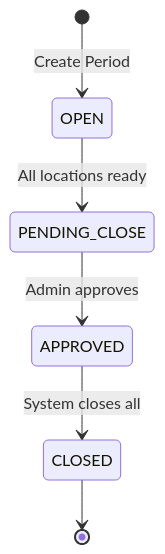
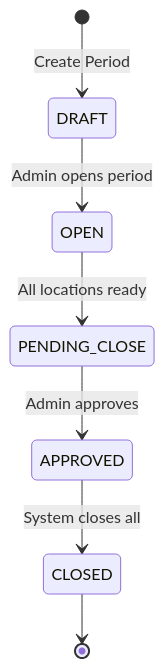
Before and after one commit to alkholigroup2020/stock-management-system: the seventh of 10 diagrams in project-docs/System_Design.md, drawn with Mermaid. The commit also changed other lines of this file and 5 other files, not shown here.

````diff
--- a/project-docs/System_Design.md
+++ b/project-docs/System_Design.md
@@ -194,8 +216,9 @@
 ```mermaid
 stateDiagram-v2
-    [*] --> OPEN: Create Period
+    [*] --> DRAFT: Create Period
+    DRAFT --> OPEN: Admin opens period
     OPEN --> PENDING_CLOSE: All locations ready
     PENDING_CLOSE --> APPROVED: Admin approves
     APPROVED --> CLOSED: System closes all
     CLOSED --> [*]
 ```
````
